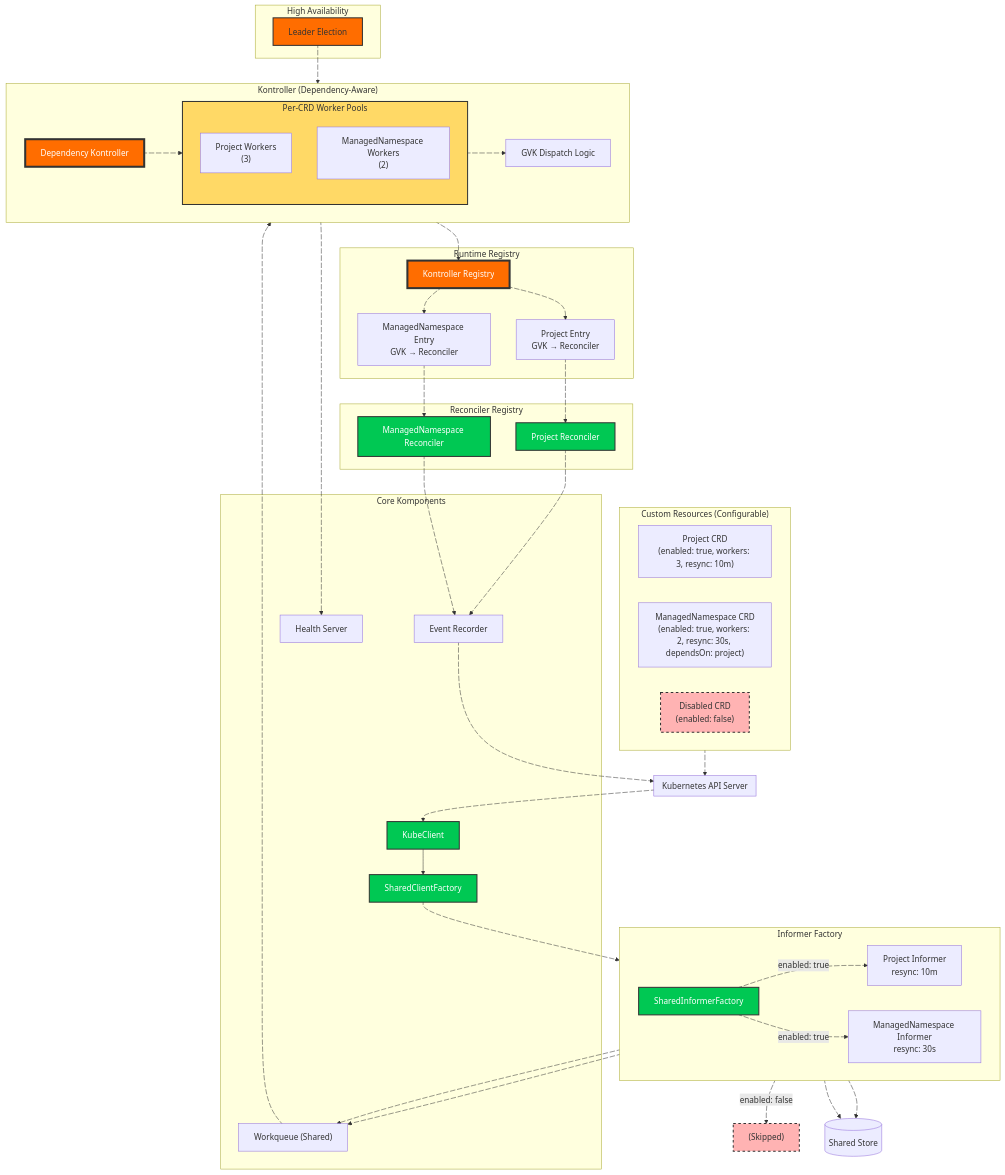
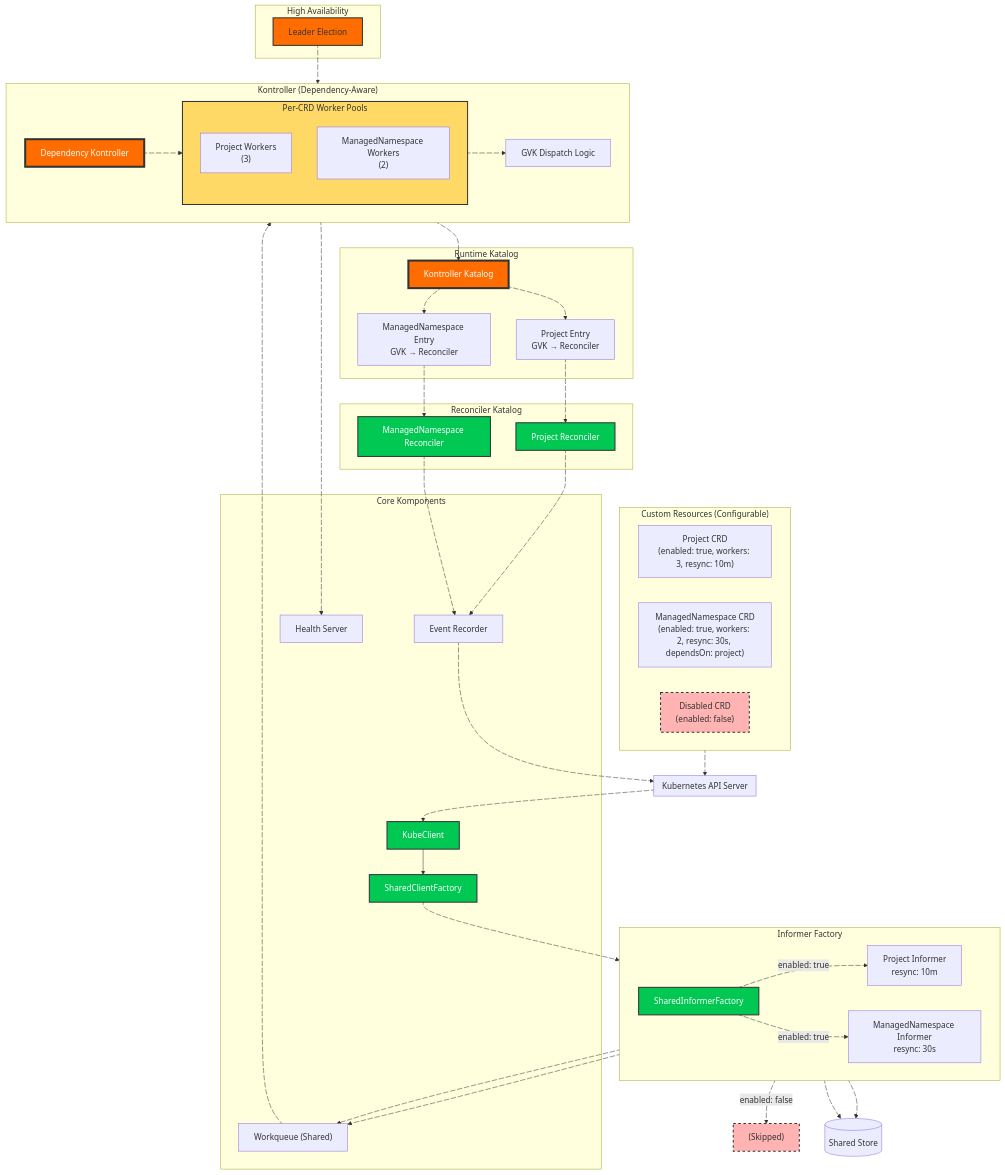
The diagram in README.md (iAlexeze/orkestra), drawn with Mermaid before and after one commit. The commit also changed other lines of this file and 10 other files, not shown here.

```diff
--- a/README.md
+++ b/README.md
@@ -78,8 +78,8 @@
         PI["Project Informer<br>resync: 10m"]
         MI["ManagedNamespace Informer<br>resync: 30s"]
   end
- subgraph Registry["Runtime Registry"]
-        REG["Kontroller Registry"]
+ subgraph Katalog["Runtime Katalog"]
+        REG["Kontroller Katalog"]
         R1["Project Entry<br>GVK → Reconciler"]
         R2["ManagedNamespace Entry<br>GVK → Reconciler"]
   end
@@ -96,7 +96,7 @@
  subgraph HA["High Availability"]
         LE["Leader Election"]
   end
- subgraph Reconcilers["Reconciler Registry"]
+ subgraph Reconcilers["Reconciler Katalog"]
         PR["Project Reconciler"]
         MR["ManagedNamespace Reconciler"]
   end
```
